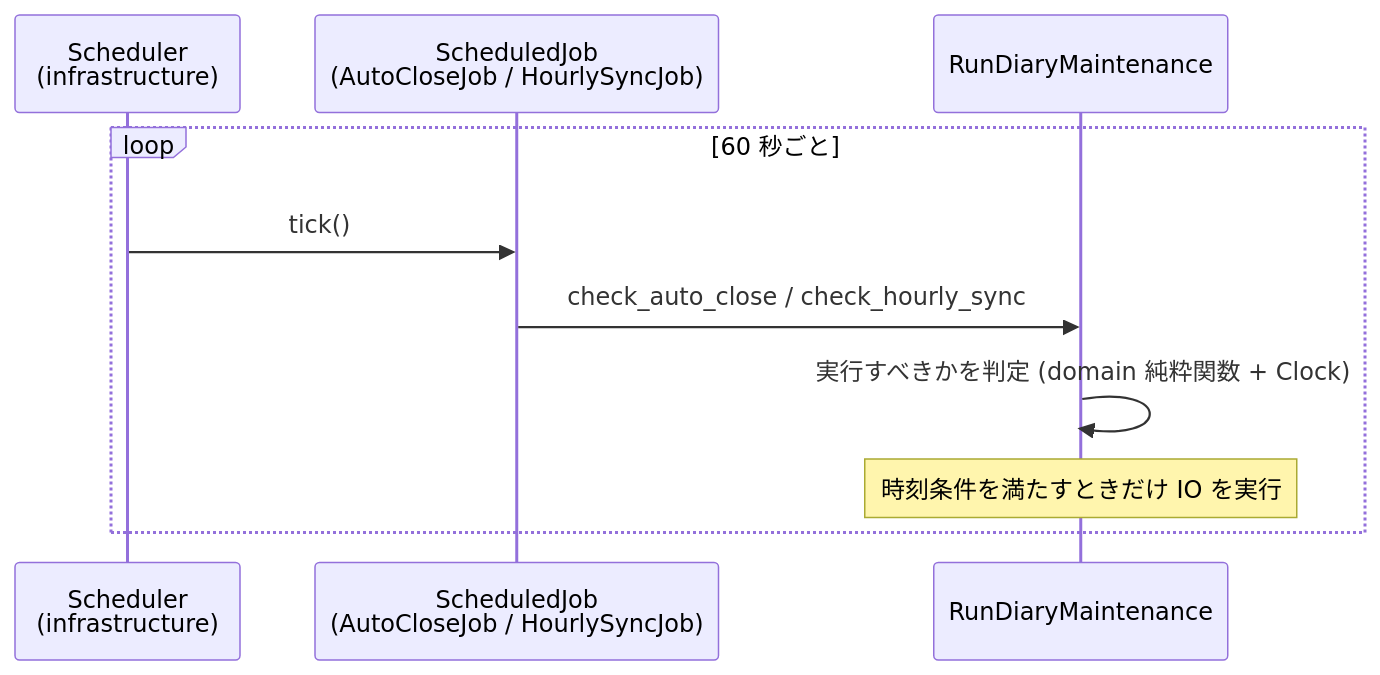
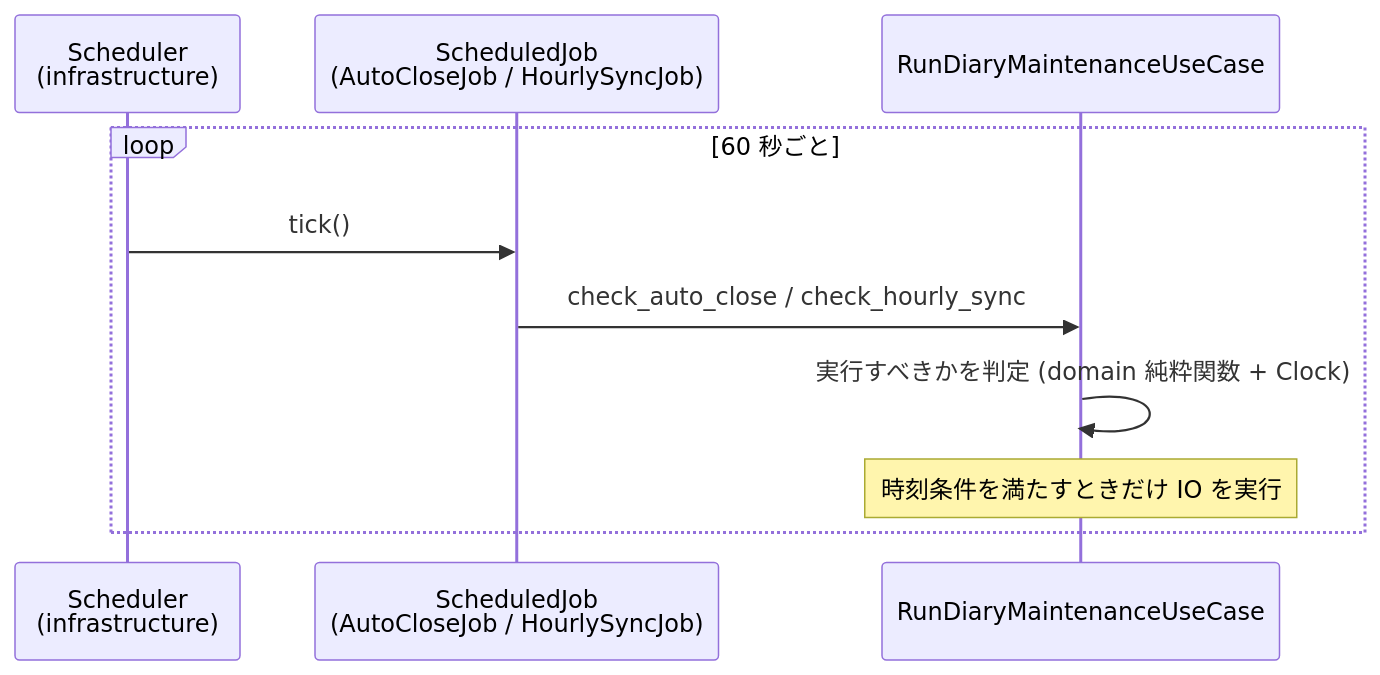
Before and after one commit to ekuinox/kgd: the fourth of 4 diagrams in docs/architecture.md, drawn with Mermaid. The commit also changed other lines of this file and 31 other files, not shown here.

````diff
--- a/docs/architecture.md
+++ b/docs/architecture.md
@@ -128,13 +128,13 @@
 ```mermaid
 sequenceDiagram
     participant SC as Scheduler<br>(infrastructure)
     participant J as ScheduledJob<br>(AutoCloseJob / HourlySyncJob)
-    participant M as RunDiaryMaintenance
+    participant M as RunDiaryMaintenanceUseCase
 
     loop 60 秒ごと
         SC->>J: tick()
         J->>M: check_auto_close / check_hourly_sync
         M->>M: 実行すべきかを判定 (domain 純粋関数 + Clock)
         Note over M: 時刻条件を満たすときだけ IO を実行
     end
 ```
````
